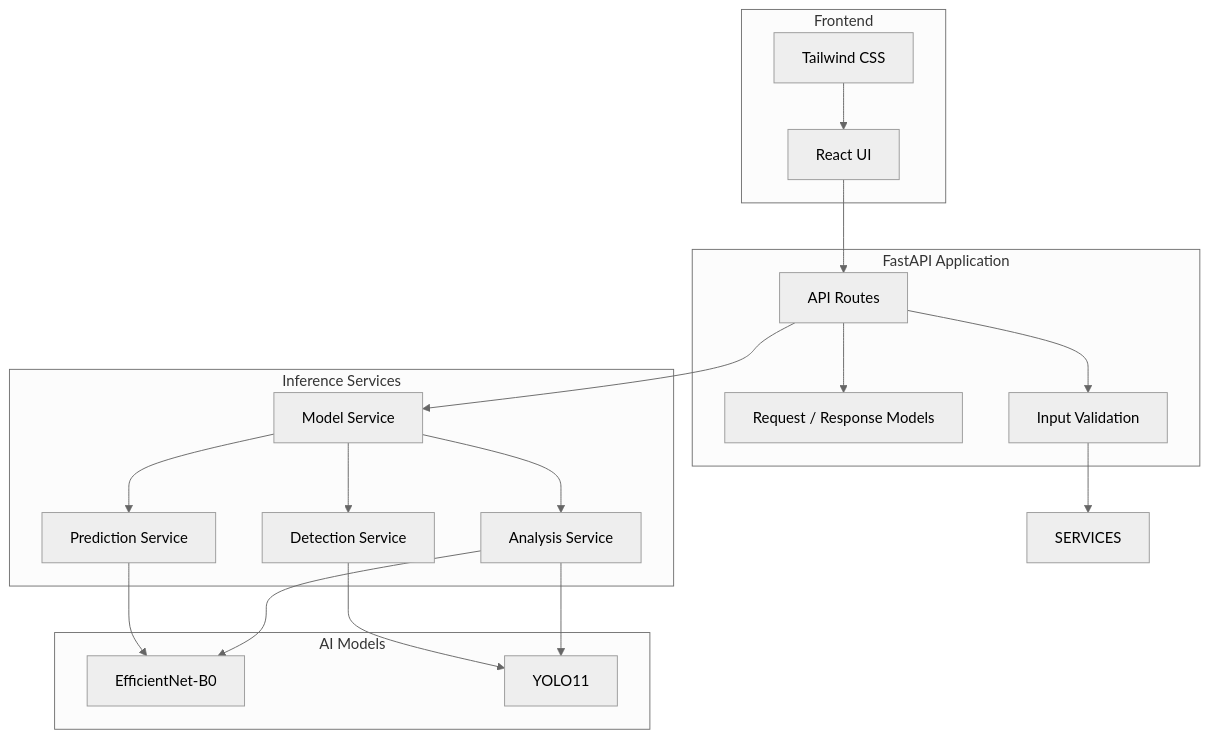
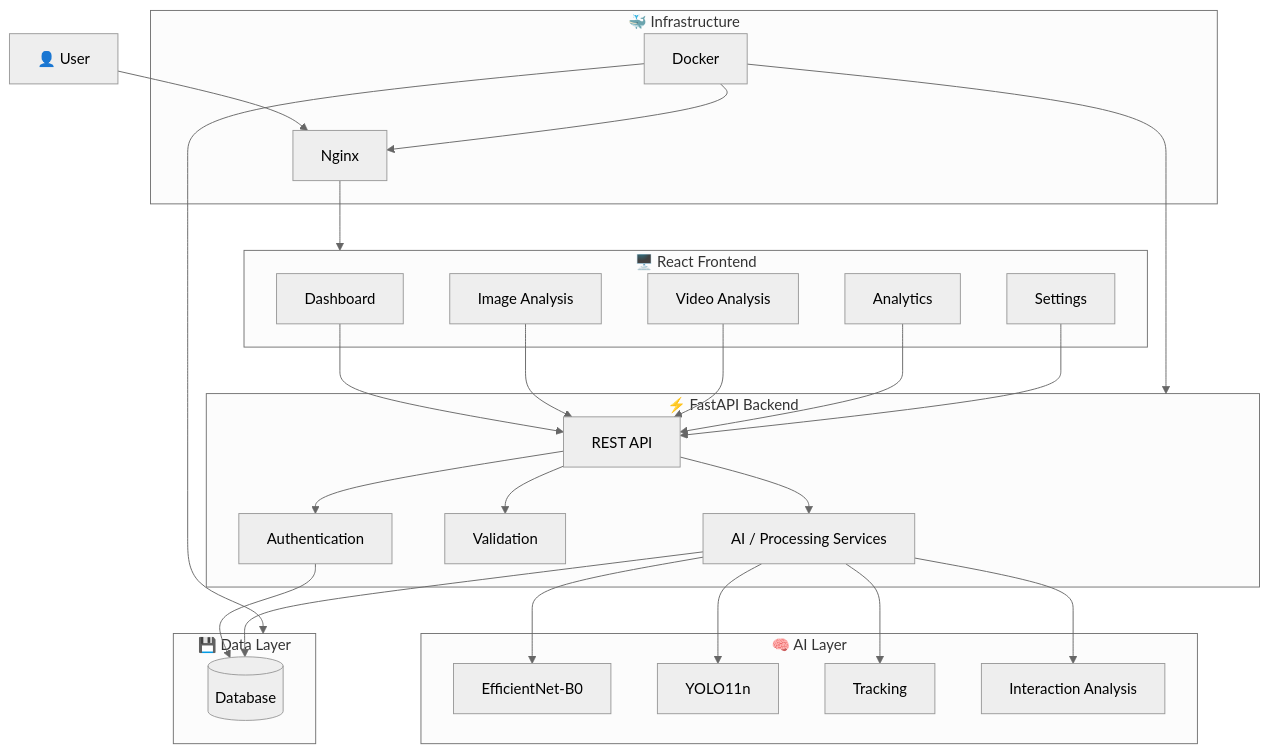
One commit to Debankumardas/AI-Visual-Intelligence-API changed the fourth of 6 diagrams in README.md. Above: the diagram before and after it, drawn with Mermaid (neutral theme). The commit also changed other lines of this file, not shown here.

````diff
--- a/README.md
+++ b/README.md
@@ -175,44 +257,61 @@
 ```mermaid
 flowchart TB
 
-    subgraph Frontend
-        UI[React UI]
-        TW[Tailwind CSS]
+    U[👤 User]
+
+    subgraph Frontend["🖥️ React Frontend"]
+        UI[Dashboard]
+        IMG[Image Analysis]
+        VID[Video Analysis]
+        ANA[Analytics]
+        SET[Settings]
     end
 
-    subgraph API["FastAPI Application"]
-        ROUTES[API Routes]
-        SCHEMAS[Request / Response Models]
-        VALIDATION[Input Validation]
+    subgraph Backend["⚡ FastAPI Backend"]
+        API[REST API]
+        AUTH[Authentication]
+        VALID[Validation]
+        SERVICES[AI / Processing Services]
     end
 
-    subgraph Services["Inference Services"]
-        MODEL[Model Service]
-        PRED[Prediction Service]
-        DET[Detection Service]
-        ANALYSIS[Analysis Service]
+    subgraph AI["🧠 AI Layer"]
+        EFF[EfficientNet-B0]
+        YOLO[YOLO11n]
+        TRACK[Tracking]
+        INTERACT[Interaction Analysis]
     end
 
-    subgraph Models["AI Models"]
-        EFF[EfficientNet-B0]
-        Y[YOLO11]
+    subgraph Data["💾 Data Layer"]
+        DB[(Database)]
     end
 
-    UI --> ROUTES
-    TW --> UI
+    subgraph Infra["🐳 Infrastructure"]
+        DOCKER[Docker]
+        NGINX[Nginx]
+    end
 
-    ROUTES --> SCHEMAS
-    ROUTES --> VALIDATION
+    U --> NGINX
+    NGINX --> Frontend
 
-    VALIDATION --> SERVICES
+    UI --> API
+    IMG --> API
+    VID --> API
+    ANA --> API
+    SET --> API
 
-    ROUTES --> MODEL
-    MODEL --> PRED
-    MODEL --> DET
-    MODEL --> ANALYSIS
+    API --> AUTH
+    API --> VALID
+    API --> SERVICES
 
-    PRED --> EFF
-    DET --> Y
-    ANALYSIS --> EFF
-    ANALYSIS --> Y
+    SERVICES --> EFF
+    SERVICES --> YOLO
+    SERVICES --> TRACK
+    SERVICES --> INTERACT
+
+    AUTH --> DB
+    SERVICES --> DB
+
+    DOCKER --> NGINX
+    DOCKER --> Backend
+    DOCKER --> Data
 ```
````
